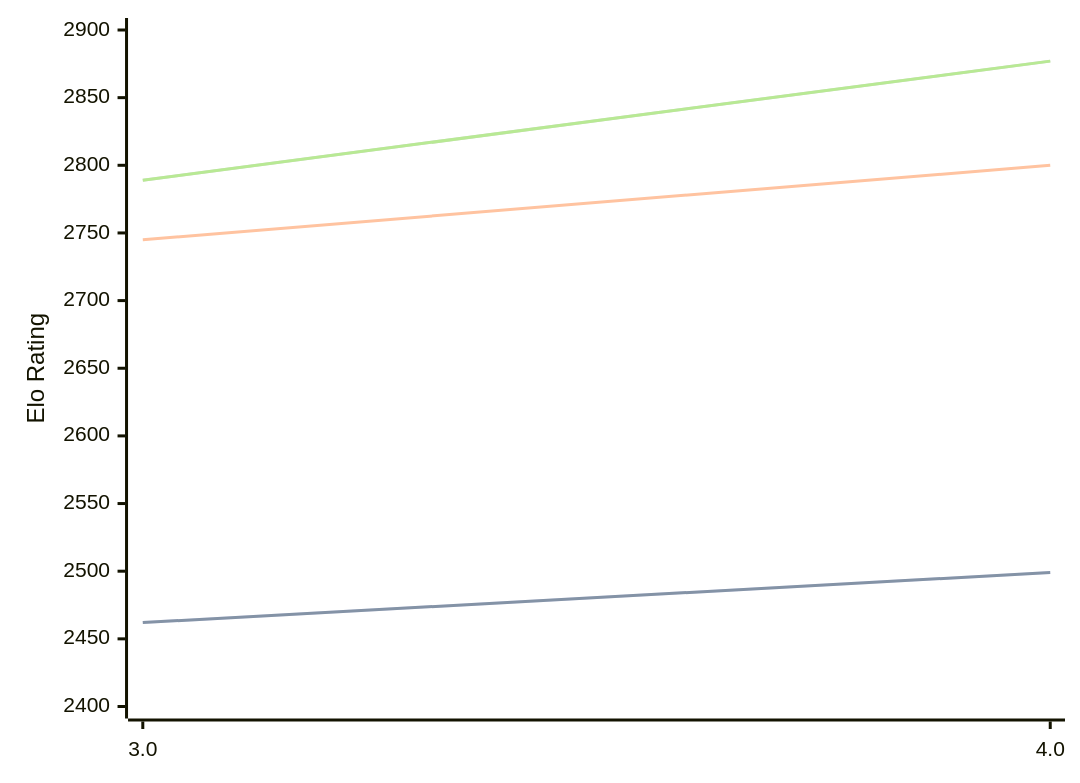
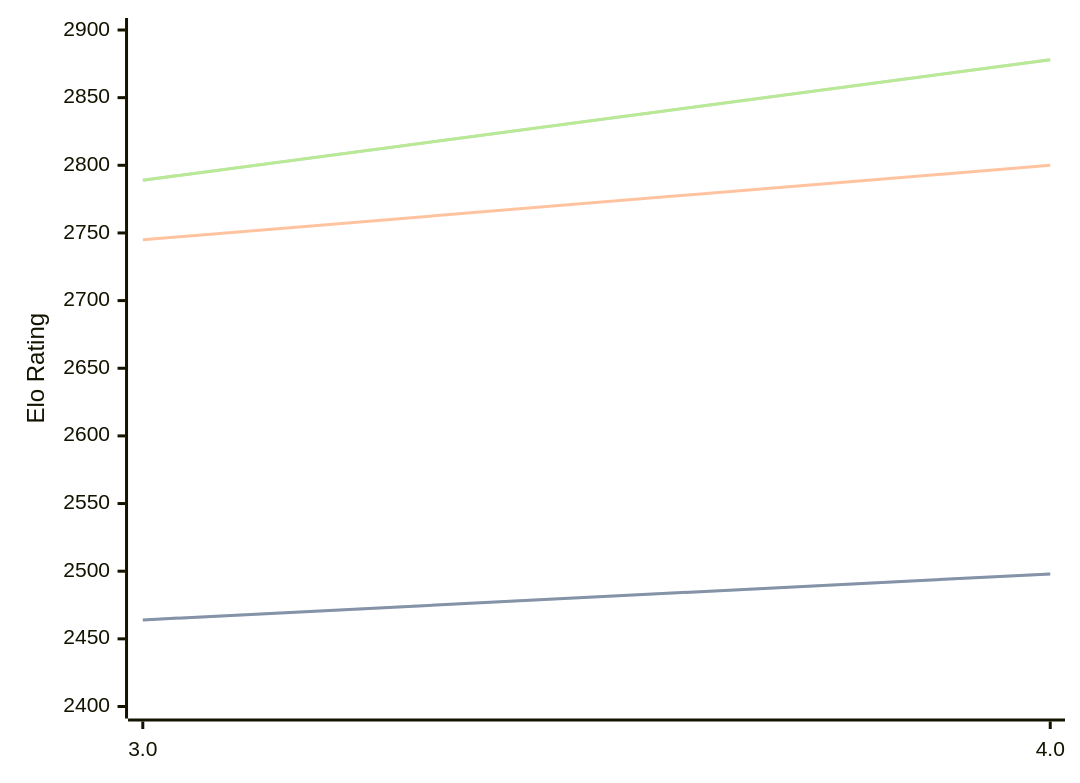
One commit to computer-chess-index/cci changed the diagram in engines/Chess3.md. Above: the diagram before and after it, drawn with Mermaid. The commit also changed other lines of this file, not shown here.

Commit message:
Update CCI Ratings (ELO VLTC) - 2026-05-22

````diff
--- a/engines/Chess3.md
+++ b/engines/Chess3.md
@@ -34,11 +34,11 @@
 ```mermaid
 %%{init: {"theme":"base","themeVariables":{"seriesColors:['#a3a3a3','#222221','#faa371']}}}%%
 xychart-beta
   x-axis ["3.0", "4.0"]
   y-axis "Elo Rating" 2400 --> 2900
-  line "STC (8.0+0.08s)" [2462, 2499]
-  line "STC (8.0+0.08s)" [2462, 2499]
+  line "STC (8.0+0.08s)" [2464, 2498]
+  line "STC (8.0+0.08s)" [2464, 2498]
   line "LTC (60.0+0.60s)" [2745, 2800]
-  line "VLTC (2m24s+1.12s)" [2789, 2877]
-  line "VLTC (2m24s+1.12s)" [2789, 2877]
+  line "VLTC (2m24s+1.12s)" [2789, 2878]
+  line "VLTC (2m24s+1.12s)" [2789, 2878]
 ```
````
